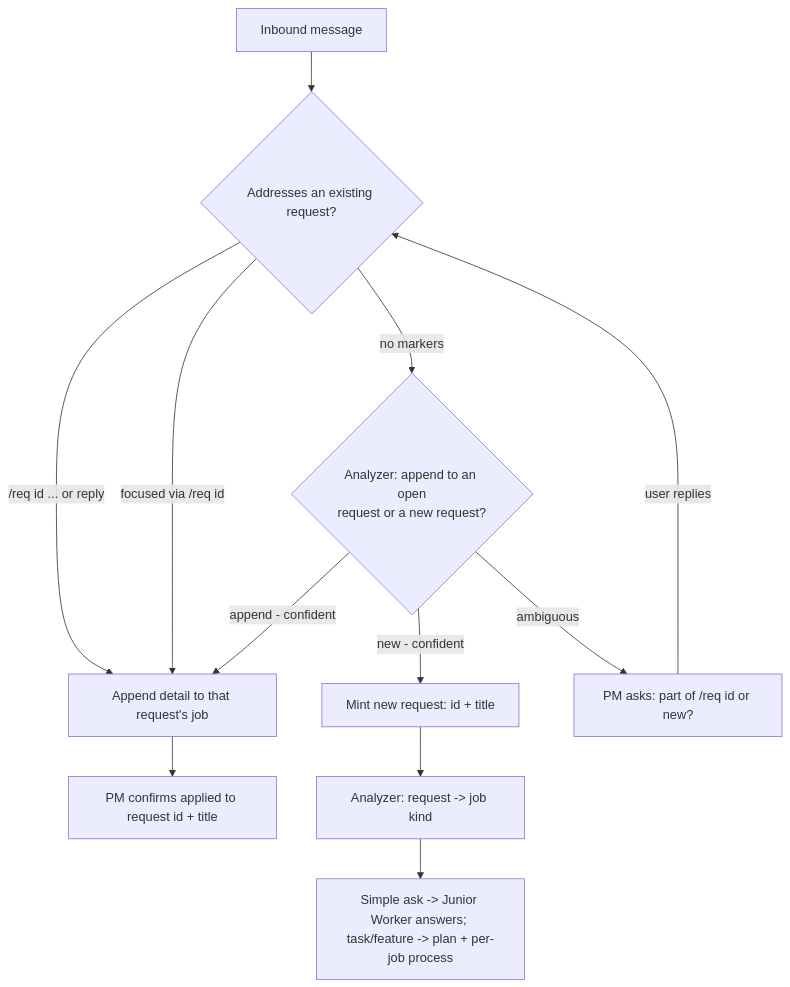
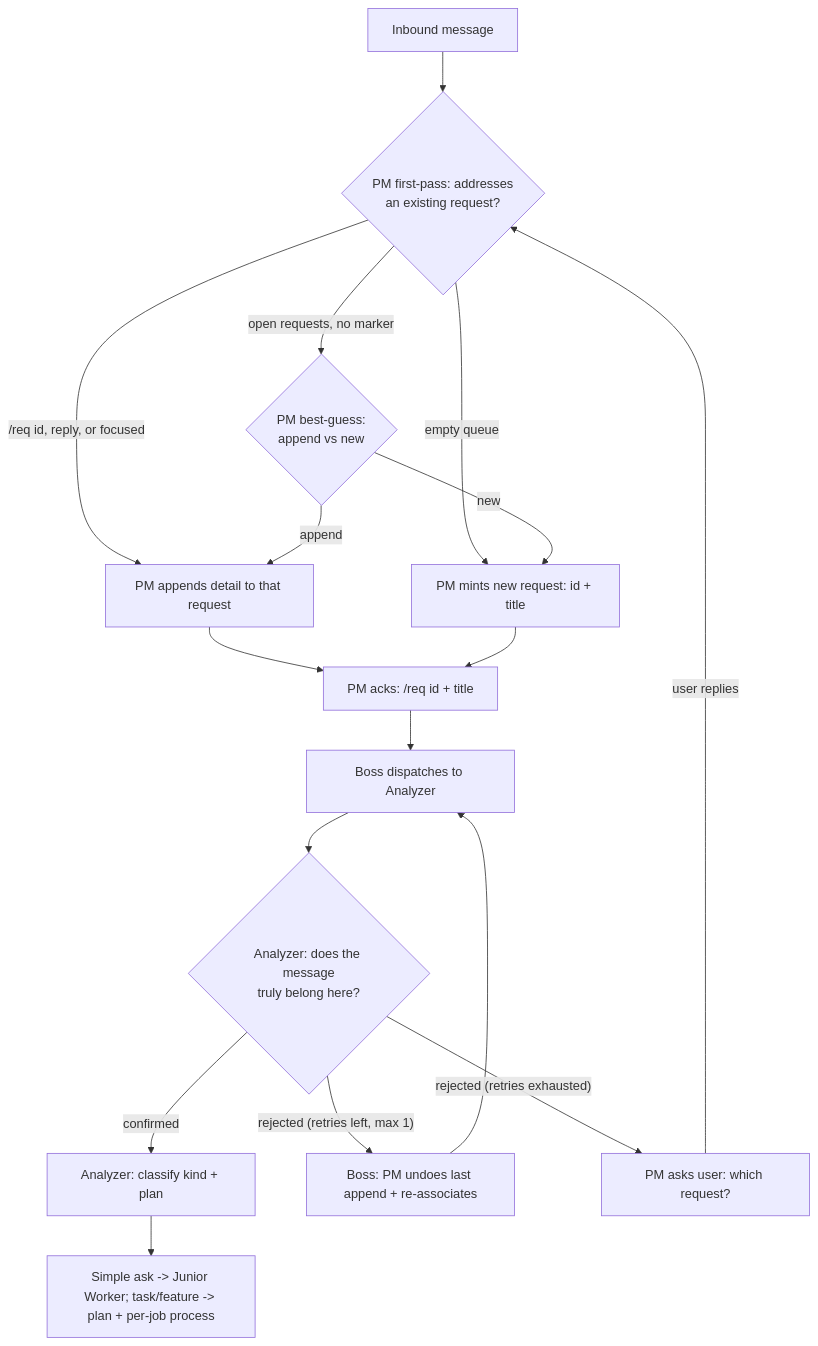
One commit to AbelHu/ai-research changed the seventh of 9 diagrams in docs/design-spec.md. Above: the diagram before and after it, drawn with Mermaid. The commit also changed other lines of this file, not shown here.

Commit message:
add request id validation

````diff
--- a/docs/design-spec.md
+++ b/docs/design-spec.md
@@ -500,14 +514,18 @@
 ```mermaid
 flowchart TD
-  IN[Inbound message] --> R{Addresses an existing request?}
-  R -->|"/req id ... or reply"| EX[Append detail to that request's job]
-  R -->|"focused via /req id"| EX
-  R -->|no markers| DIS{"Analyzer: append to an open<br/>request or a new request?"}
-  DIS -->|append - confident| EX
-  DIS -->|new - confident| NEW[Mint new request: id + title]
-  DIS -->|ambiguous| ASK[PM asks: part of /req id or new?]
-  ASK -->|user replies| R
-  NEW --> AZ[Analyzer: request -> job kind]
-  EX --> ACKD[PM confirms applied to request id + title]
-  AZ --> ROUTE[Simple ask -> Junior Worker answers; task/feature -> plan + per-job process]
+  IN[Inbound message] --> PM1{"PM first-pass: addresses<br/>an existing request?"}
+  PM1 -->|"/req id, reply, or focused"| EX[PM appends detail to that request]
+  PM1 -->|"empty queue"| NEW[PM mints new request: id + title]
+  PM1 -->|"open requests, no marker"| GUESS{"PM best-guess:<br/>append vs new"}
+  GUESS -->|append| EX
+  GUESS -->|new| NEW
+  EX --> ACKD[PM acks: /req id + title]
+  NEW --> ACKD
+  ACKD --> DISP[Boss dispatches to Analyzer]
+  DISP --> VAL{"Analyzer: does the message<br/>truly belong here?"}
+  VAL -->|confirmed| AZ[Analyzer: classify kind + plan]
+  VAL -->|"rejected (retries left, max 1)"| UNDO[Boss: PM undoes last append + re-associates] --> DISP
+  VAL -->|"rejected (retries exhausted)"| ASK[PM asks user: which request?]
+  ASK -->|user replies| PM1
+  AZ --> ROUTE[Simple ask -> Junior Worker; task/feature -> plan + per-job process]
 ```
````
